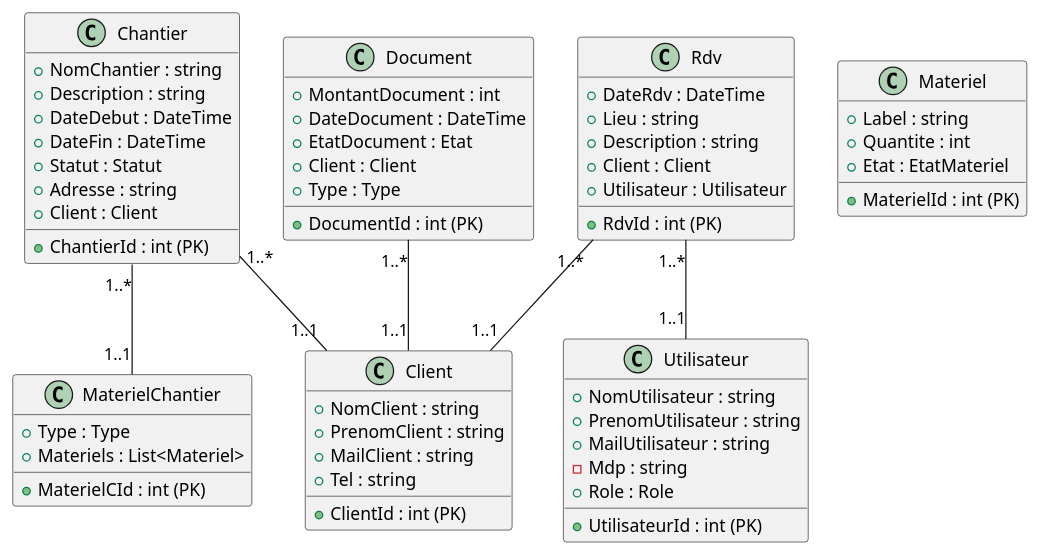
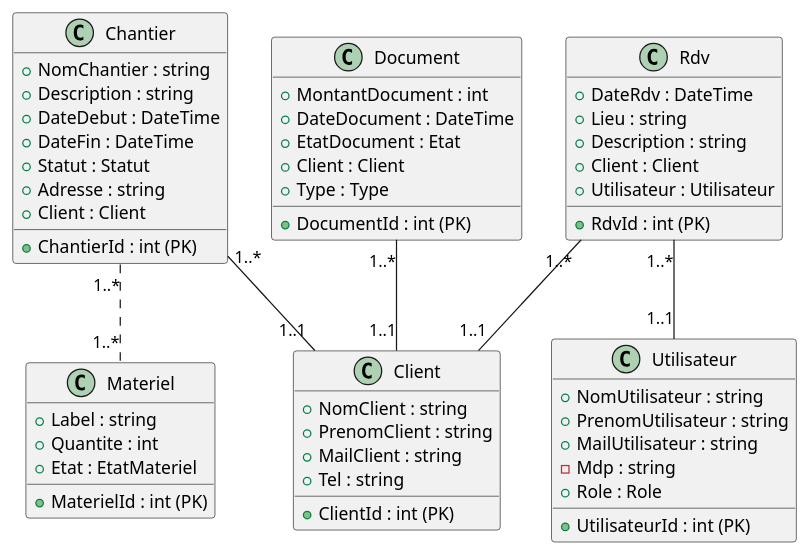
One commit to luciedupouy/ChaudBiz changed the diagram in diagClass.puml. Above: the diagram before and after it, drawn with PlantUML. The commit also changed 61 other files, not shown here.

```diff
--- a/diagClass.puml
+++ b/diagClass.puml
@@ -1,63 +1,56 @@
 @startuml
 class Chantier {
 + ChantierId : int (PK)
 + NomChantier : string
 + Description : string
 + DateDebut : DateTime
 + DateFin : DateTime
 + Statut : Statut
 + Adresse : string
 + Client : Client
 }
 class Client {
 + ClientId : int (PK)
 + NomClient : string
 + PrenomClient : string
 + MailClient : string
 + Tel : string
 }
 class Document {
 + DocumentId : int (PK)
 + MontantDocument : int
 + DateDocument : DateTime
 + EtatDocument : Etat
 + Client : Client
 + Type : Type 
 }
 class Materiel {
 + MaterielId : int (PK)
 + Label : string
 + Quantite : int
 + Etat : EtatMateriel
 }
 class Rdv {
 + RdvId : int (PK)
 + DateRdv : DateTime
 + Lieu : string
 + Description : string 
 + Client : Client
 + Utilisateur : Utilisateur
 }
 class Utilisateur {
 + UtilisateurId : int (PK)
 + NomUtilisateur : string 
 + PrenomUtilisateur : string
 + MailUtilisateur : string 
 - Mdp : string
 + Role : Role
 }
 
-class MaterielChantier {
-+ MaterielCId : int (PK)
-+ Type : Type
-+ Materiels : List<Materiel>
-}
-
-
 Chantier "1..*" -- "1..1" Client
 Document "1..*" -- "1..1" Client
 Rdv "1..*" -- "1..1" Client
 Rdv "1..*" -- "1..1" Utilisateur
-Chantier "1..*" -- "1..1" MaterielChantier
+Chantier "1..*" .. "1..*" Materiel
 
 @enduml
```
